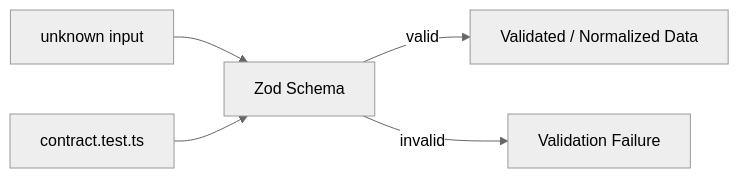
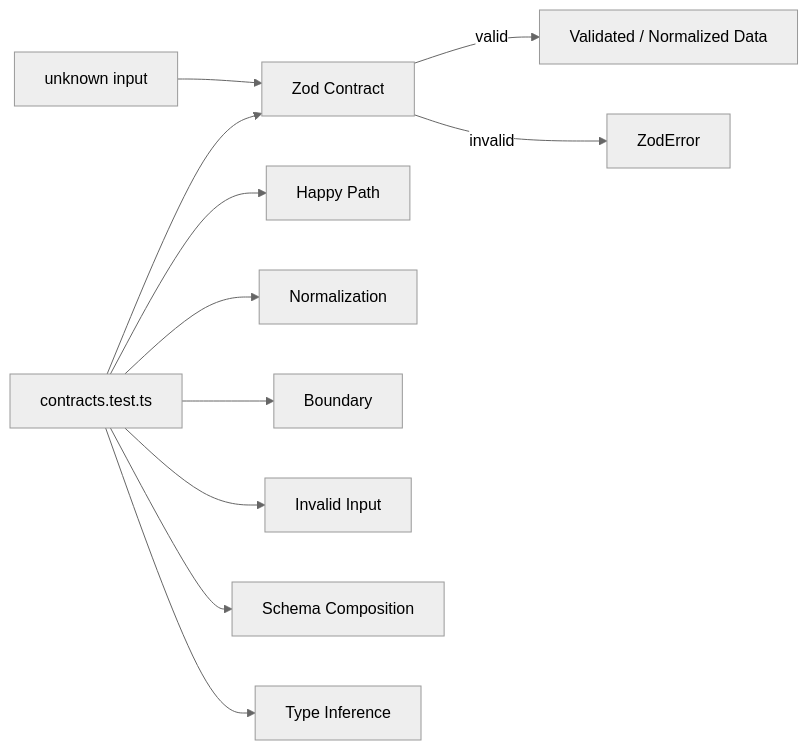
One commit to thehermitdev/tanstack-router-boilerplate changed the first of 6 diagrams in docs/details/todos/api-contract-test.md. Above: the diagram before and after it, drawn with Mermaid (neutral theme). The commit also changed other lines of this file, not shown here.

Commit message:
docs: refine todos API contract testing guide

````diff
--- a/docs/details/todos/api-contract-test.md
+++ b/docs/details/todos/api-contract-test.md
@@ -21,8 +13,14 @@
 ```mermaid
 flowchart LR
-    A[unknown input] --> B[Zod Schema]
+    A[unknown input] --> B[Zod Contract]
     B -->|valid| C[Validated / Normalized Data]
-    B -->|invalid| D[Validation Failure]
+    B -->|invalid| D[ZodError]
 
-    E[contract.test.ts] --> B
+    E[contracts.test.ts] --> B
+    E --> F[Happy Path]
+    E --> G[Normalization]
+    E --> H[Boundary]
+    E --> I[Invalid Input]
+    E --> J[Schema Composition]
+    E --> K[Type Inference]
 ```
````
